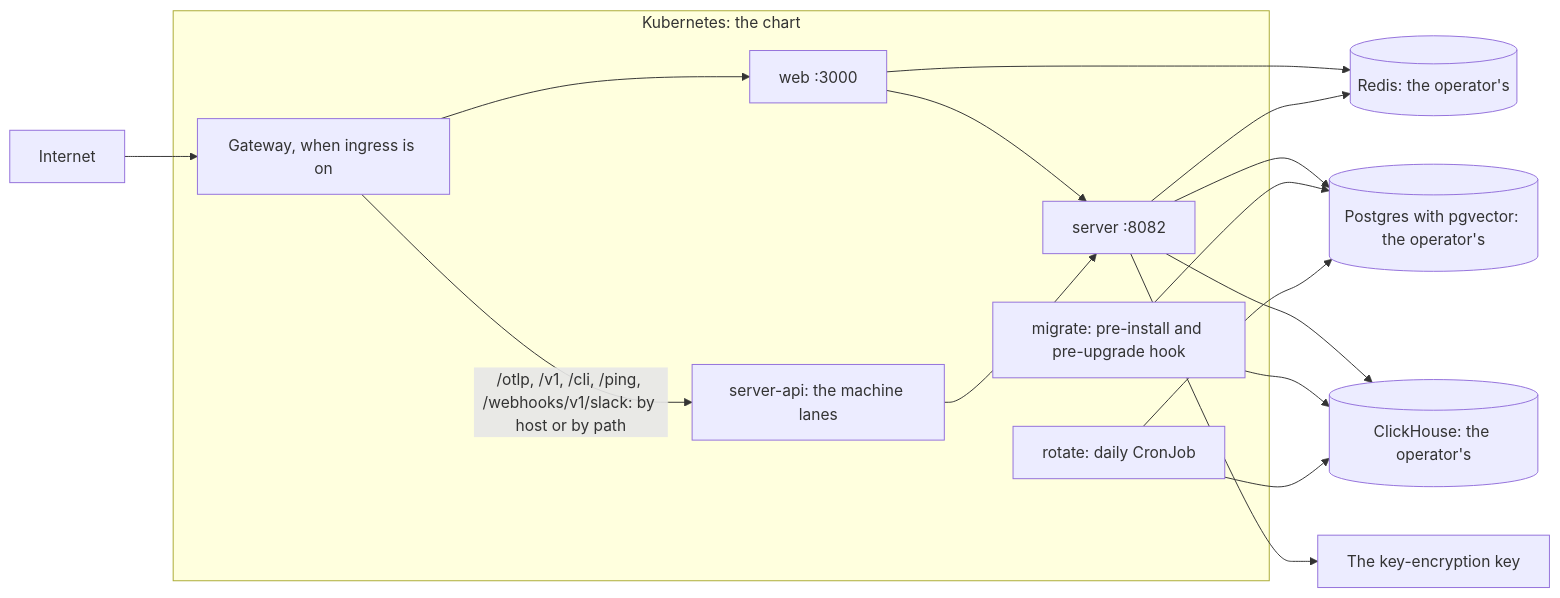
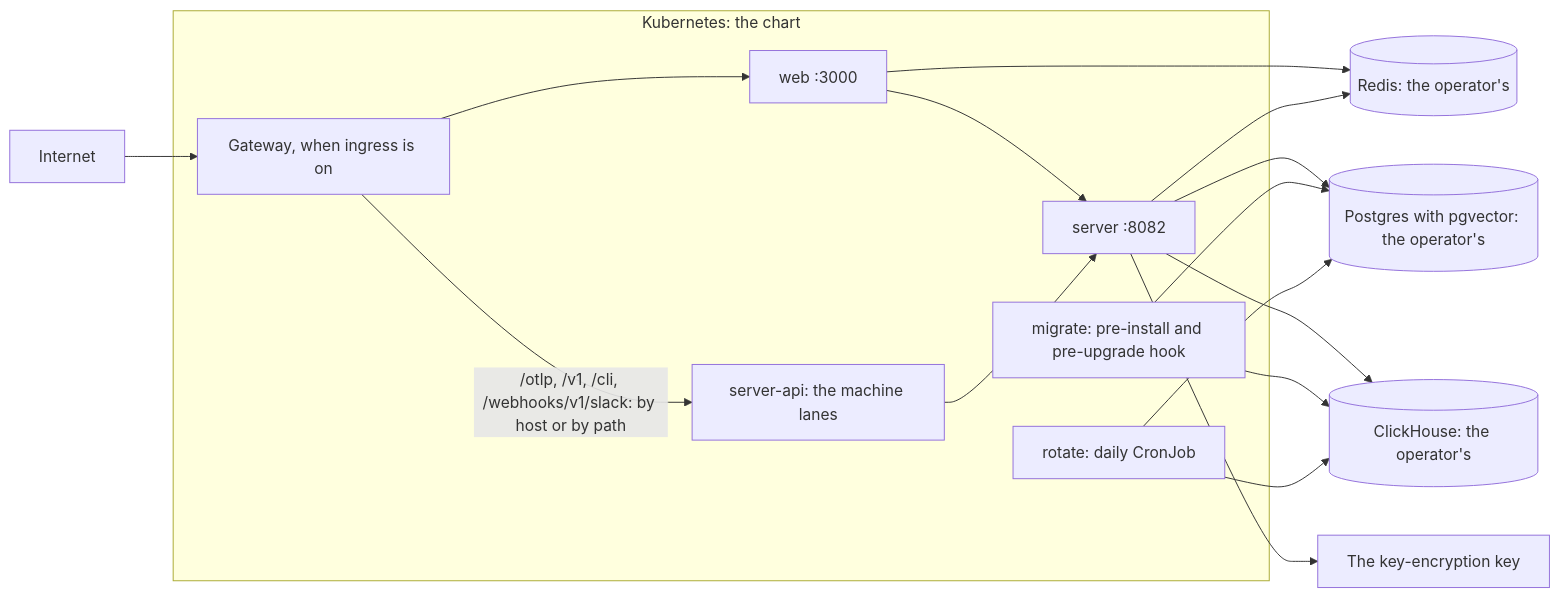
The fifth of 5 diagrams in ARCHITECTURE.md (telmoni/telmoni), drawn with Mermaid before and after one commit. The commit also changed other lines of this file and 141 other files, not shown here.

````diff
--- a/ARCHITECTURE.md
+++ b/ARCHITECTURE.md
@@ -402,19 +387,19 @@
 ```mermaid
 flowchart LR
   Internet --> GW["Gateway, when ingress is on"]
   subgraph Cluster["Kubernetes: the chart"]
     GW --> Web["web :3000"]
-    GW -->|"/otlp, /v1, /cli, /ping, /webhooks/v1/slack: by host or by path"| API["server-api: the machine lanes"]
+    GW -->|"/otlp, /v1, /cli, /webhooks/v1/slack: by host or by path"| API["server-api: the machine lanes"]
     Web --> Server["server :8082"]
     API --> Server
     Migrate["migrate: pre-install and pre-upgrade hook"]
     Rotate["rotate: daily CronJob"]
   end
   Web --> Redis[("Redis: the operator's")]
   Server --> Redis
   Server --> PG[("Postgres with pgvector: the operator's")]
   Server --> CH[("ClickHouse: the operator's")]
   Server --> KMS["The key-encryption key"]
   Migrate --> PG & CH
   Rotate --> PG & CH
 ```
````
